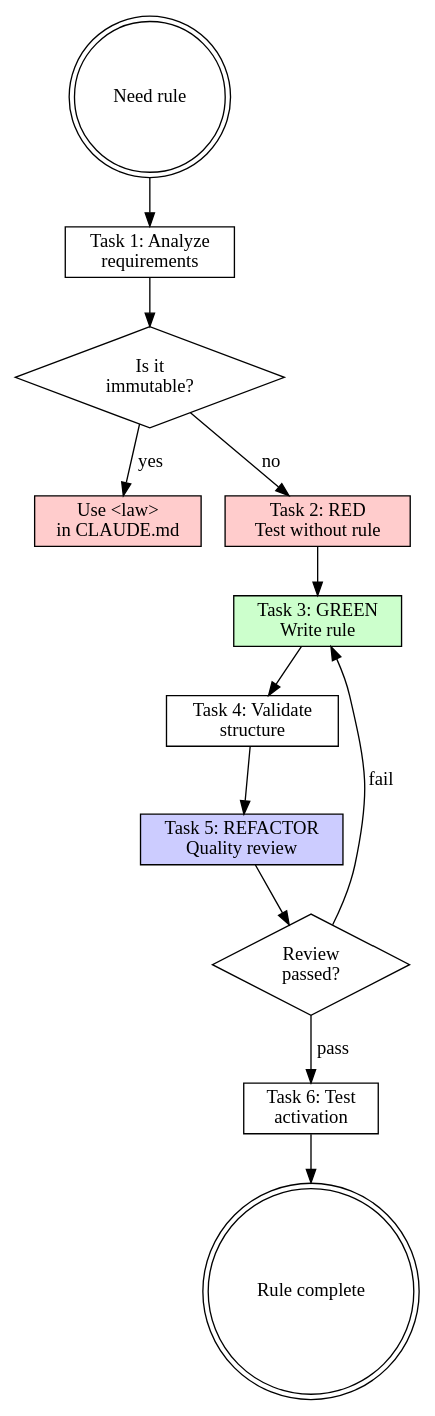
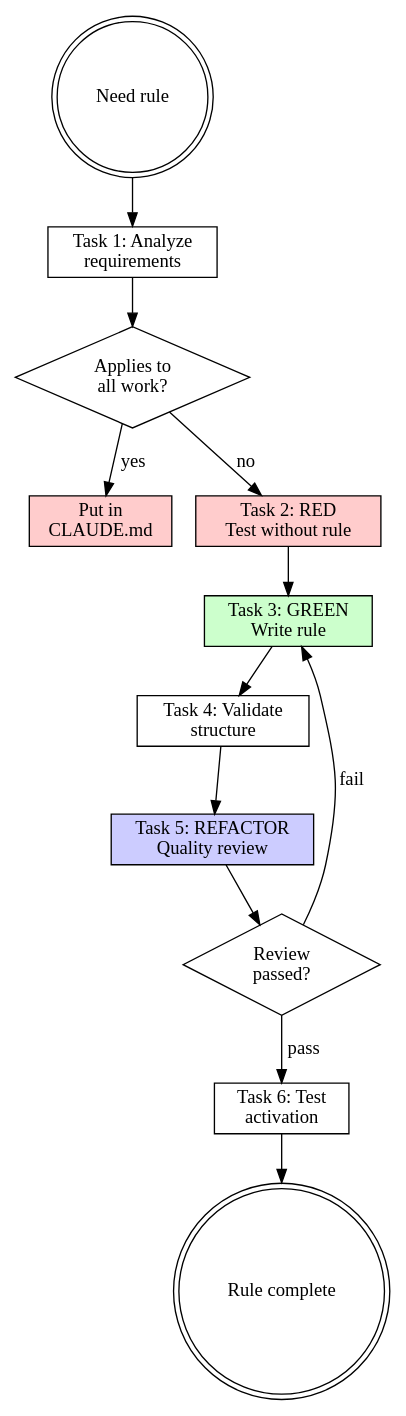
Before and after one commit to wayne930242/Reflexive-Claude-Code: the diagram in plugins/rcc/skills/writing-rules/SKILL.md, drawn with Graphviz. The commit also changed other lines of this file and 9 other files, not shown here.

First line of the commit message:
refactor: remove <law> block pattern, align all skills with official Claude Code best practices

````diff
--- a/plugins/rcc/skills/writing-rules/SKILL.md
+++ b/plugins/rcc/skills/writing-rules/SKILL.md
@@ -253,29 +253,29 @@
 ```dot
 digraph rule_creation {
     rankdir=TB;
 
     start [label="Need rule", shape=doublecircle];
     analyze [label="Task 1: Analyze\nrequirements", shape=box];
-    is_law [label="Is it\nimmutable?", shape=diamond];
-    use_law [label="Use <law>\nin CLAUDE.md", shape=box, style=filled, fillcolor="#ffcccc"];
+    is_broad [label="Applies to\nall work?", shape=diamond];
+    use_claudemd [label="Put in\nCLAUDE.md", shape=box, style=filled, fillcolor="#ffcccc"];
     baseline [label="Task 2: RED\nTest without rule", shape=box, style=filled, fillcolor="#ffcccc"];
     write [label="Task 3: GREEN\nWrite rule", shape=box, style=filled, fillcolor="#ccffcc"];
     validate [label="Task 4: Validate\nstructure", shape=box];
     review [label="Task 5: REFACTOR\nQuality review", shape=box, style=filled, fillcolor="#ccccff"];
     review_pass [label="Review\npassed?", shape=diamond];
     test [label="Task 6: Test\nactivation", shape=box];
     done [label="Rule complete", shape=doublecircle];
 
     start -> analyze;
-    analyze -> is_law;
-    is_law -> use_law [label="yes"];
-    is_law -> baseline [label="no"];
+    analyze -> is_broad;
+    is_broad -> use_claudemd [label="yes"];
+    is_broad -> baseline [label="no"];
     baseline -> write;
     write -> validate;
     validate -> review;
     review -> review_pass;
     review_pass -> test [label="pass"];
     review_pass -> write [label="fail"];
     test -> done;
 }
 ```
````
